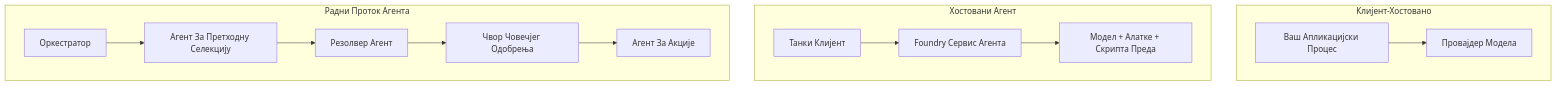
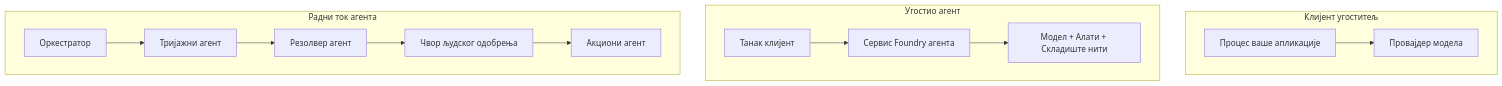
The first of 4 diagrams in mirrors/repos/microsoft@ai-agents-for-beginners/translations/sr/16-deploying-scalable-agents/README.md (gabrielmoreira/agent-skills-mirror), drawn with Mermaid before and after one commit. The commit also changed other lines of this file and 3581 other files, not shown here.

````diff
--- a/mirrors/repos/microsoft@ai-agents-for-beginners/translations/sr/16-deploying-scalable-agents/README.md
+++ b/mirrors/repos/microsoft@ai-agents-for-beginners/translations/sr/16-deploying-scalable-agents/README.md
@@ -87,16 +87,16 @@
 ```mermaid
 flowchart TB
-    subgraph P1[Клијент-Хостовано]
-        A1[Ваш Апликацијски Процес] --> M1[Провајдер Модела]
+    subgraph P1[Клијент угоститељ]
+        A1[Процес ваше апликације] --> M1[Провајдер модела]
     end
-    subgraph P2[Хостовани Агент]
-        A2[Танки Клијент] --> F2[Foundry Сервис Агента]
-        F2 --> M2[Модел + Алатке + Скрипта Преда]
+    subgraph P2[Угостио агент]
+        A2[Танак клијент] --> F2[Сервис Foundry агента]
+        F2 --> M2[Модел + Алати + Складиште нити]
     end
-    subgraph P3[Радни Проток Агента]
-        A3[Оркестратор] --> S1[Агент За Претходну Селекцију]
-        S1 --> S2[Резолвер Агент]
-        S2 --> H[Чвор Човечјег Одобрења]
-        H --> S3[Агент За Акције]
+    subgraph P3[Радни ток агента]
+        A3[Оркестратор] --> S1[Тријажни агент]
+        S1 --> S2[Резолвер агент]
+        S2 --> H[Чвор људског одобрења]
+        H --> S3[Акциони агент]
     end
 ```
````
